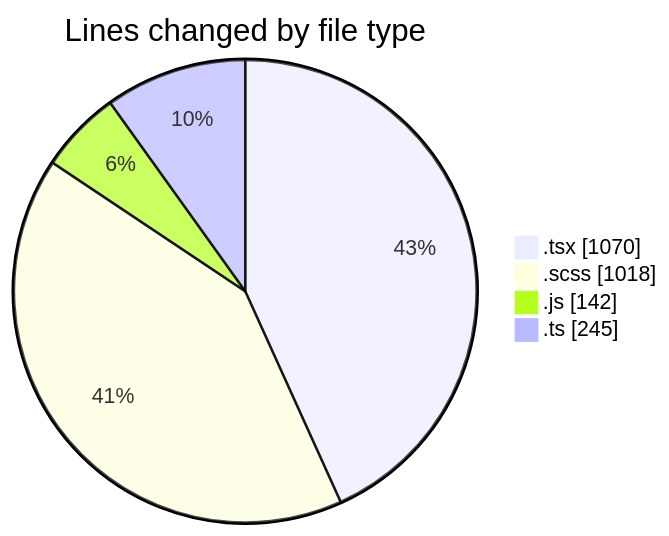
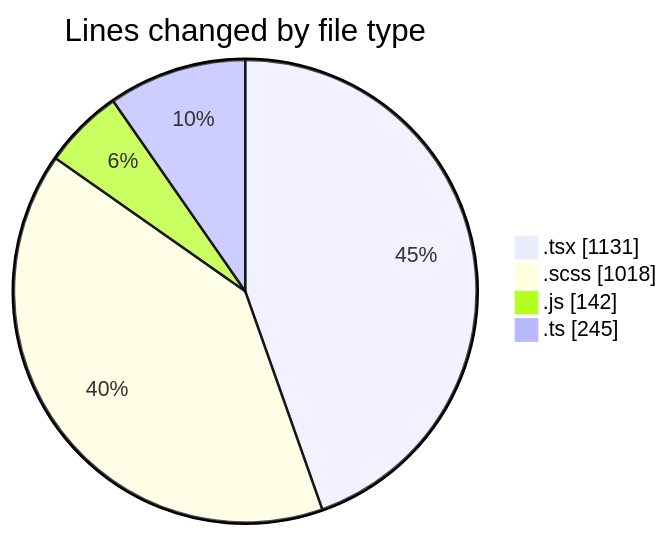
One commit to momahboobian/code-tracking changed the first of 2 diagrams in 2026-03-25/cda/README.md. Above: the diagram before and after it, drawn with Mermaid. The commit also changed other lines of this file and 1 other file, not shown here.

````diff
--- a/2026-03-25/cda/README.md
+++ b/2026-03-25/cda/README.md
@@ -23,8 +23,8 @@
 ```mermaid
 pie showData
 title Lines changed by file type
-".tsx" : 1070
+".tsx" : 1131
 ".scss" : 1018
 ".js" : 142
 ".ts" : 245
 ```
````
